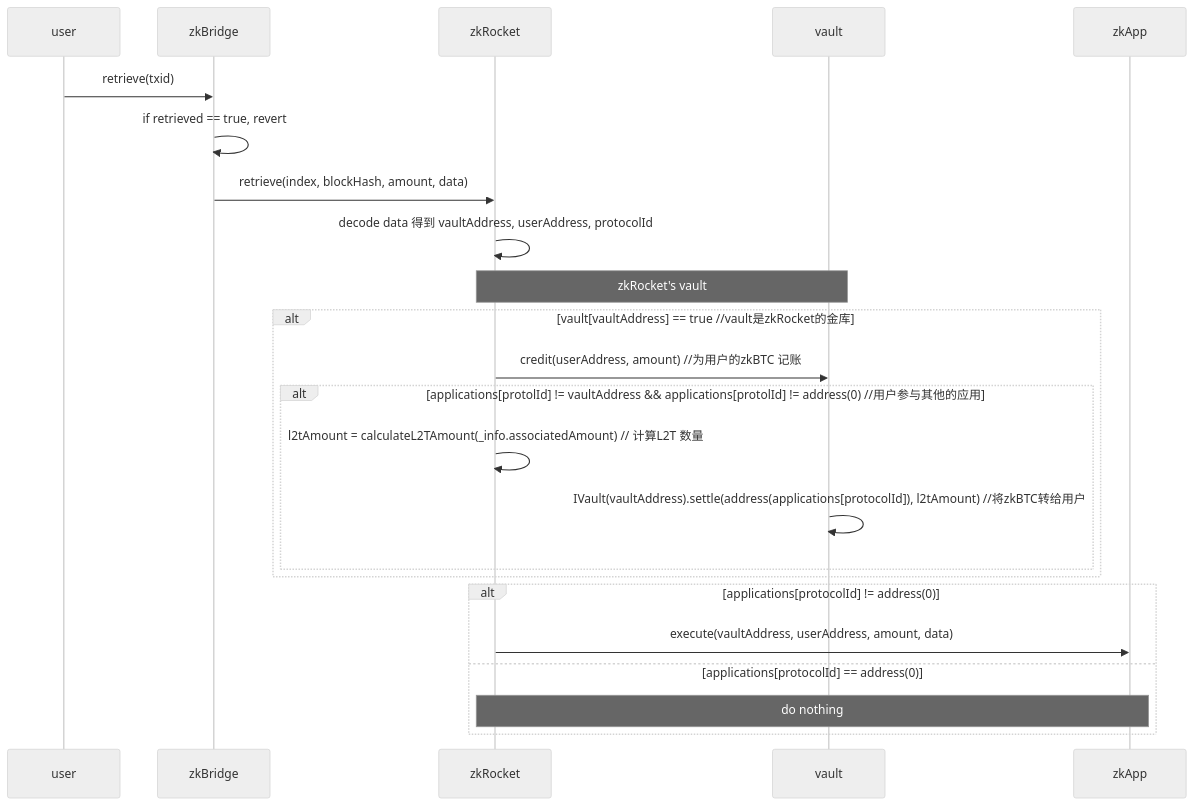
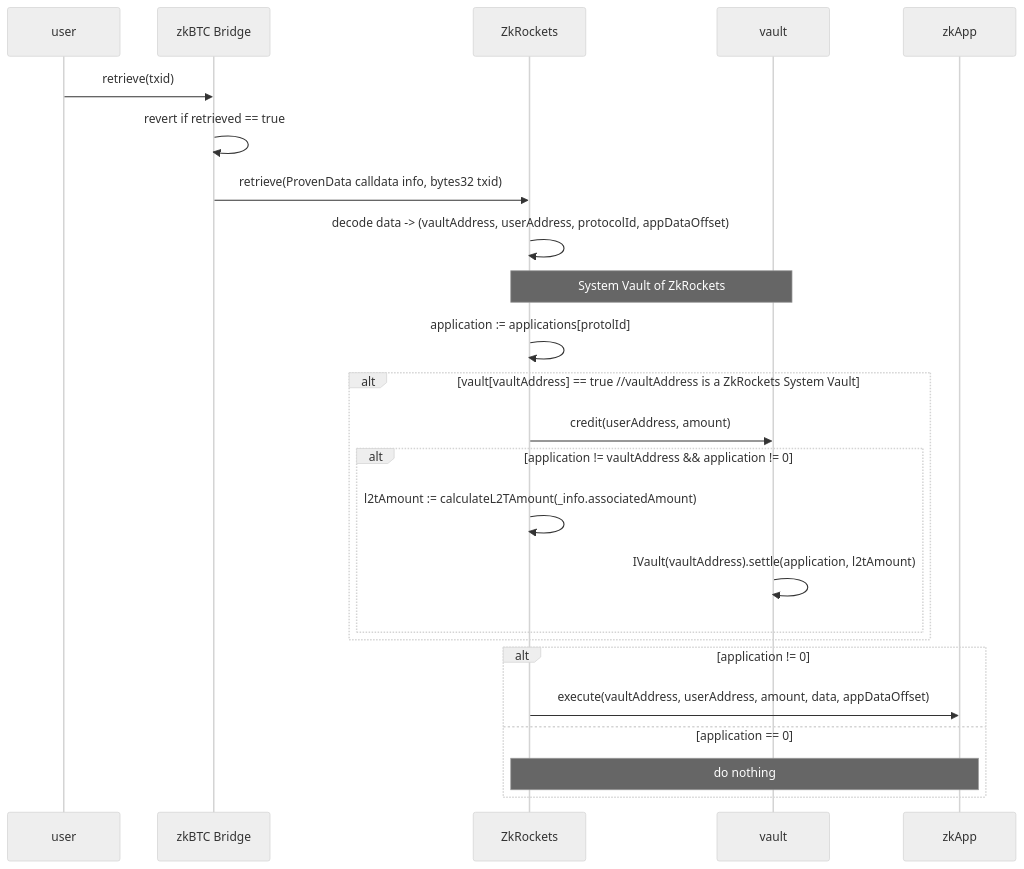
One commit to zkRocket/ZenKeeper changed the fourth of 4 diagrams in README.md. Above: the diagram before and after it, drawn with Mermaid (neutral theme). The commit also changed other lines of this file, not shown here.

Commit message:
updated ZenKeeper docs (part 2)

````diff
--- a/README.md
+++ b/README.md
@@ -102,29 +101,31 @@
 ```mermaid
 sequenceDiagram
     participant user 
-    participant zkBridge
-    participant zkRocket
+    participant zkBTC Bridge
+    participant ZkRockets
     participant vault
     participant zkApp 
 
-user ->> zkBridge: retrieve(txid)
-zkBridge ->> zkBridge: if retrieved == true, revert 
-zkBridge ->> zkRocket: retrieve(index, blockHash, amount, data)
-zkRocket ->> zkRocket: decode data 得到 vaultAddress, userAddress, protocolId
-Note over zkRocket, vault: zkRocket's vault 
-alt vault[vaultAddress] == true  //vault是zkRocket的金库
-    zkRocket ->> vault: credit(userAddress, amount) //为用户的zkBTC 记账
+user ->> zkBTC Bridge: retrieve(txid)
+zkBTC Bridge ->> zkBTC Bridge: revert if retrieved == true
+zkBTC Bridge ->> ZkRockets: retrieve(ProvenData calldata info, bytes32 txid)
+ZkRockets ->> ZkRockets: decode data -> (vaultAddress, userAddress, protocolId, appDataOffset)
+Note over ZkRockets, vault: System Vault of ZkRockets
+
+ZkRockets->>ZkRockets: application := applications[protolId]
+
+alt vault[vaultAddress] == true  //vaultAddress is a ZkRockets System Vault
+    ZkRockets ->> vault: credit(userAddress, amount)
     
-    alt applications[protolId] != vaultAddress && applications[protolId] != address(0) //用户参与其他的应用
-        zkRocket->>zkRocket: l2tAmount = calculateL2TAmount(_info.associatedAmount)    // 计算L2T 数量
-        vault->>vault:  IVault(vaultAddress).settle(address(applications[protocolId]), l2tAmount) //将zkBTC转给用户
+    alt application != vaultAddress && application != 0
+        ZkRockets->>ZkRockets: l2tAmount := calculateL2TAmount(_info.associatedAmount)
+        vault->>vault:  IVault(vaultAddress).settle(application, l2tAmount)
     end
 end 
 
-
-alt applications[protocolId] != address(0)
-  zkRocket->>zkApp:  execute(vaultAddress, userAddress, amount, data)
-else applications[protocolId] == address(0)
-  Note over zkRocket, zkApp: do nothing 
+alt application != 0
+  ZkRockets->>zkApp:  execute(vaultAddress, userAddress, amount, data, appDataOffset)
+else application == 0
+  Note over ZkRockets, zkApp: do nothing 
 end
 ```
````
